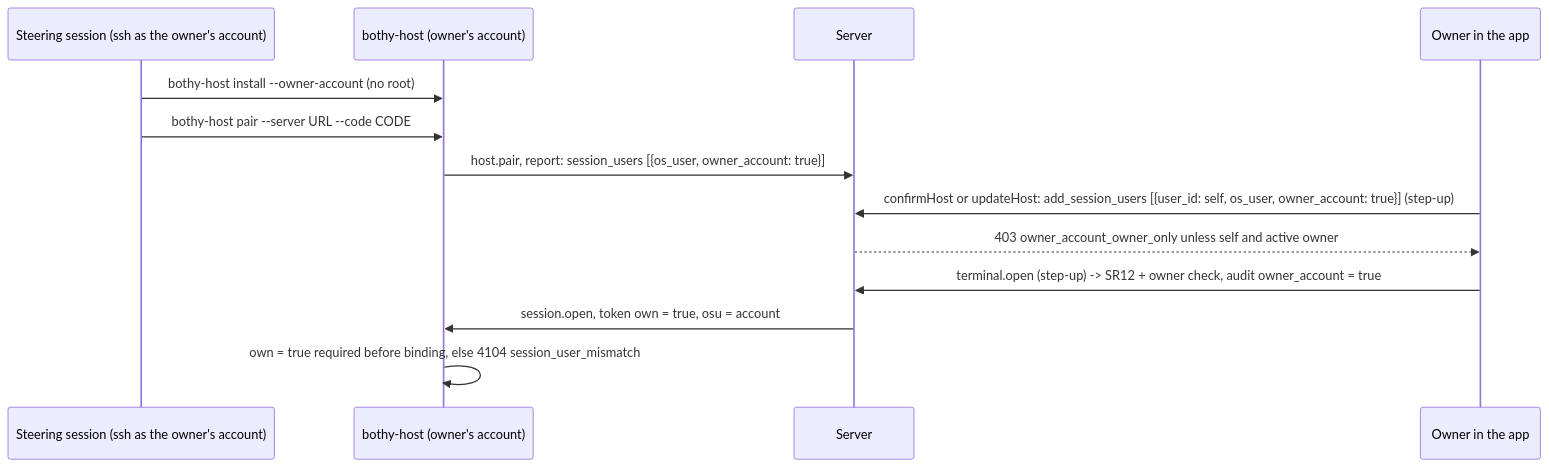
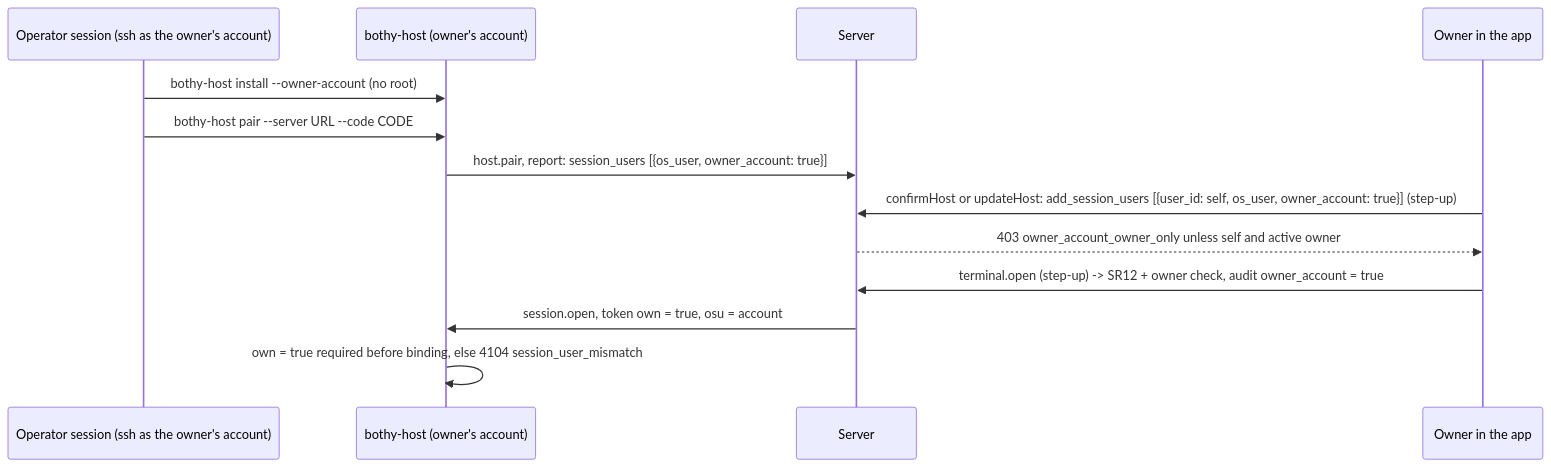
Before and after one commit to mguttmann/bothy: the diagram in docs/design/terminal-owner-account.md, drawn with Mermaid. The commit also changed other lines of this file and 90 other files, not shown here.

````diff
--- a/docs/design/terminal-owner-account.md
+++ b/docs/design/terminal-owner-account.md
@@ -44,15 +44,15 @@
 ```mermaid
 sequenceDiagram
-    participant S as Steering session (ssh as the owner's account)
+    participant S as Operator session (ssh as the owner's account)
     participant H as bothy-host (owner's account)
     participant Srv as Server
     participant O as Owner in the app
     S->>H: bothy-host install --owner-account (no root)
     S->>H: bothy-host pair --server URL --code CODE
     H->>Srv: host.pair, report: session_users [{os_user, owner_account: true}]
     O->>Srv: confirmHost or updateHost: add_session_users [{user_id: self, os_user, owner_account: true}] (step-up)
     Srv-->>O: 403 owner_account_owner_only unless self and active owner
     O->>Srv: terminal.open (step-up) -> SR12 + owner check, audit owner_account = true
     Srv->>H: session.open, token own = true, osu = account
     H->>H: own = true required before binding, else 4104 session_user_mismatch
 ```
````
